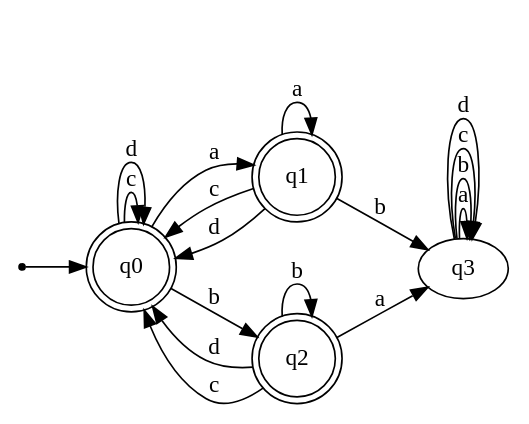
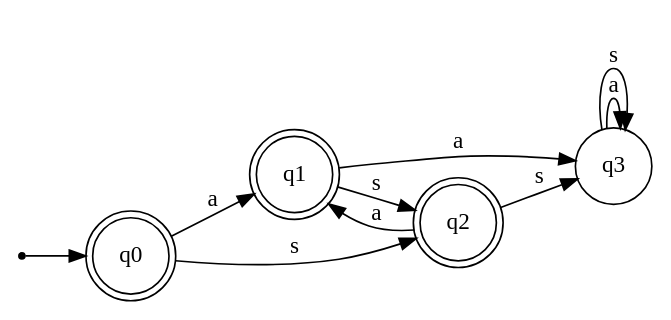
One commit to alexismorison95/PythonJFLAP changed the diagram in res/finite_state_machine.gv. Above: the diagram before and after it, drawn with Graphviz. The commit also changed 3 other files, not shown here.

```diff
--- a/res/finite_state_machine.gv
+++ b/res/finite_state_machine.gv
@@ -1,25 +1,17 @@
 digraph finite_state_machine {
 	rankdir=LR
 	ini [shape=point]
 	0 [label=q0 shape=doublecircle]
 	ini -> 0
 	1 [label=q1 shape=doublecircle]
 	2 [label=q2 shape=doublecircle]
-	3 [label=q3]
-	1 -> 0 [label=c]
-	1 -> 1 [label=a]
+	3 [label=q3 shape=circle]
 	3 -> 3 [label=a]
 	0 -> 1 [label=a]
-	2 -> 2 [label=b]
-	3 -> 3 [label=b]
-	3 -> 3 [label=c]
-	0 -> 0 [label=c]
-	3 -> 3 [label=d]
-	0 -> 0 [label=d]
-	1 -> 0 [label=d]
-	2 -> 3 [label=a]
-	2 -> 0 [label=d]
-	0 -> 2 [label=b]
-	2 -> 0 [label=c]
-	1 -> 3 [label=b]
+	3 -> 3 [label=s]
+	2 -> 3 [label=s]
+	0 -> 2 [label=s]
+	2 -> 1 [label=a]
+	1 -> 2 [label=s]
+	1 -> 3 [label=a]
 }
```
